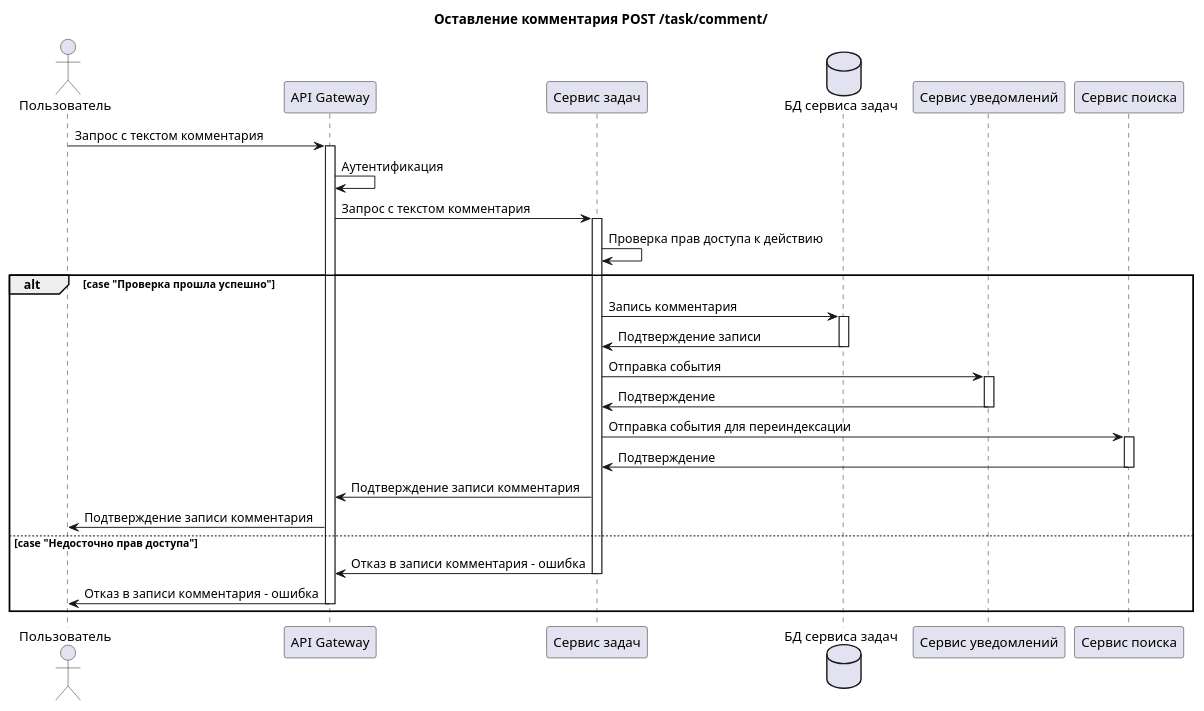
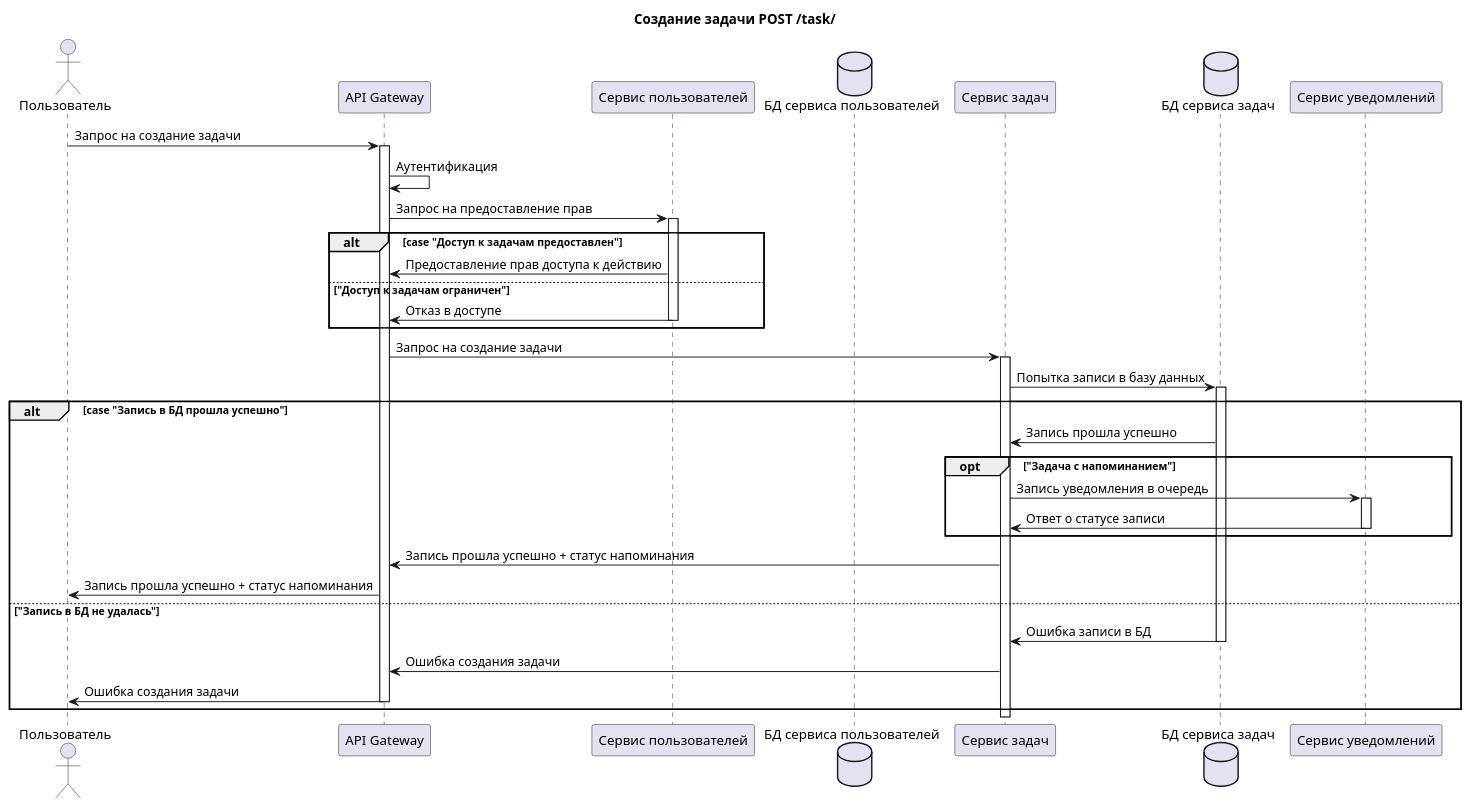
The diagram in sequence_diagram_post-comment.md (yn96k/task-tracker), drawn with PlantUML before and after one commit. The commit also changed other lines of this file, not shown here.

````diff
--- a/sequence_diagram_post-comment.md
+++ b/sequence_diagram_post-comment.md
@@ -4,30 +5,42 @@
 ```plantuml
-title "Оставление комментария POST /task/comment/"
+title "Создание задачи POST /task/"
 
 actor user as "Пользователь"
 
 participant apiGateway as "API Gateway"
+participant userService as "Сервис пользователей"
+database userService_db as "БД сервиса пользователей"
 participant taskService as "Сервис задач"
 database taskService_db as "БД сервиса задач"
-participant notifService as "Сервис уведомлений"
-participant searchService as "Сервис поиска"
+participant notif_service as "Сервис уведомлений"
 
-user -> apiGateway++: Запрос с текстом комментария
+user -> apiGateway++: Запрос на создание задачи
 apiGateway -> apiGateway: Аутентификация
-apiGateway -> taskService++: Запрос с текстом комментария
-taskService -> taskService: Проверка прав доступа к действию
+apiGateway -> userService++: Запрос на предоставление прав
 
-alt case "Проверка прошла успешно"
-    taskService -> taskService_db++: Запись комментария
-    taskService <- taskService_db--: Подтверждение записи
-    taskService -> notifService++: Отправка события
-    taskService <- notifService--: Подтверждение
-    taskService -> searchService++: Отправка события для переиндексации
-    taskService <- searchService--: Подтверждение
-    apiGateway <- taskService: Подтверждение записи комментария
-    user <- apiGateway: Подтверждение записи комментария
-else case "Недосточно прав доступа"
-    apiGateway <- taskService--: Отказ в записи комментария - ошибка
-    user <- apiGateway--: Отказ в записи комментария - ошибка
+alt case "Доступ к задачам предоставлен"
+    apiGateway <- userService: Предоставление прав доступа к действию
+else "Доступ к задачам ограничен"
+    apiGateway <- userService--: Отказ в доступе
 end
+
+apiGateway -> taskService++: Запрос на создание задачи
+taskService -> taskService_db++: Попытка записи в базу данных
+
+alt case "Запись в БД прошла успешно"
+taskService <- taskService_db: Запись прошла успешно
+
+opt "Задача с напоминанием"
+    taskService -> notif_service++: Запись уведомления в очередь
+    taskService <- notif_service--: Ответ о статусе записи
+end
+
+apiGateway <- taskService: Запись прошла успешно + статус напоминания
+user <- apiGateway: Запись прошла успешно + статус напоминания
+else "Запись в БД не удалась"
+taskService <- taskService_db--: Ошибка записи в БД
+apiGateway <- taskService: Ошибка создания задачи
+user <- apiGateway--: Ошибка создания задачи
+end
+
 ```
````
